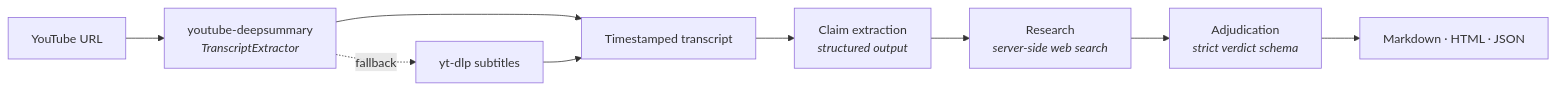
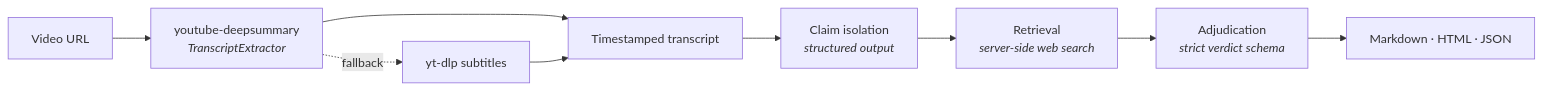
The diagram in README.md (jaytrivediSF25/deepcheck), drawn with Mermaid before and after one commit. The commit also changed other lines of this file, not shown here.

````diff
--- a/README.md
+++ b/README.md
@@ -97,11 +30,11 @@
 ```mermaid
 flowchart LR
-    A["YouTube URL"] --> B["youtube-deepsummary<br/><i>TranscriptExtractor</i>"]
+    A["Video URL"] --> B["youtube-deepsummary<br/><i>TranscriptExtractor</i>"]
     B -. "fallback" .-> C["yt-dlp subtitles"]
     B --> D["Timestamped transcript"]
     C --> D
-    D --> E["Claim extraction<br/><i>structured output</i>"]
-    E --> F["Research<br/><i>server-side web search</i>"]
+    D --> E["Claim isolation<br/><i>structured output</i>"]
+    E --> F["Retrieval<br/><i>server-side web search</i>"]
     F --> G["Adjudication<br/><i>strict verdict schema</i>"]
     G --> H["Markdown · HTML · JSON"]
 ```
````
